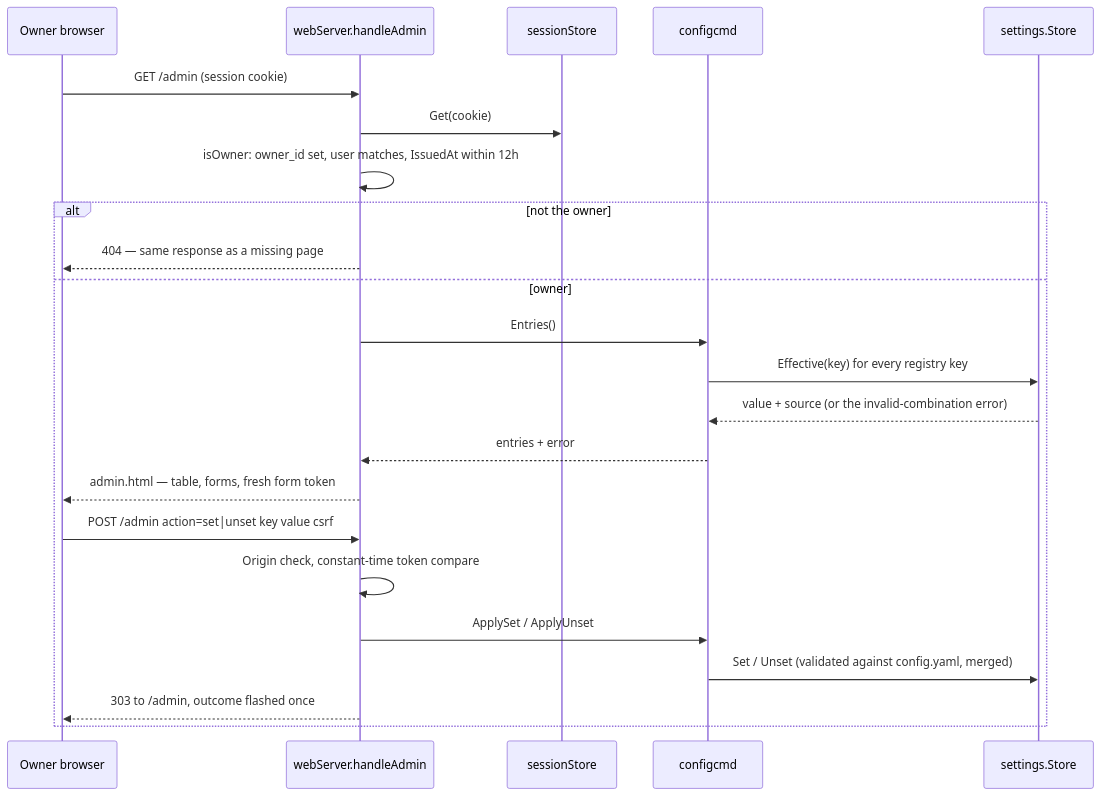
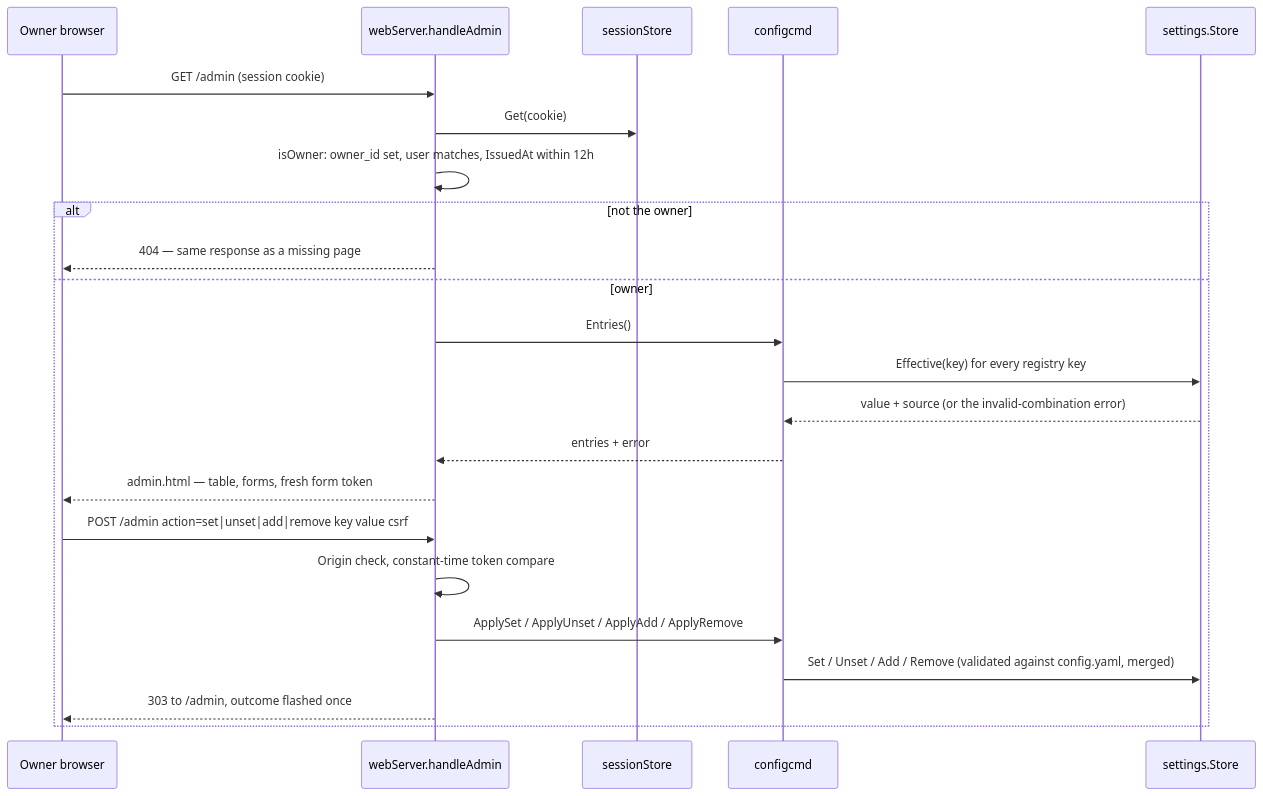
One commit to toksikk/gidbig changed the third of 3 diagrams in docs/modules/core.md. Above: the diagram before and after it, drawn with Mermaid. The commit also changed other lines of this file and 19 other files, not shown here.

````diff
--- a/docs/modules/core.md
+++ b/docs/modules/core.md
@@ -123,26 +128,26 @@
 ```mermaid
 sequenceDiagram
     participant O as Owner browser
     participant W as webServer.handleAdmin
     participant S as sessionStore
     participant C as configcmd
     participant T as settings.Store
 
     O->>W: GET /admin (session cookie)
     W->>S: Get(cookie)
     W->>W: isOwner: owner_id set, user matches, IssuedAt within 12h
     alt not the owner
         W-->>O: 404 — same response as a missing page
     else owner
         W->>C: Entries()
         C->>T: Effective(key) for every registry key
         T-->>C: value + source (or the invalid-combination error)
         C-->>W: entries + error
         W-->>O: admin.html — table, forms, fresh form token
-        O->>W: POST /admin action=set|unset key value csrf
+        O->>W: POST /admin action=set|unset|add|remove key value csrf
         W->>W: Origin check, constant-time token compare
-        W->>C: ApplySet / ApplyUnset
-        C->>T: Set / Unset (validated against config.yaml, merged)
+        W->>C: ApplySet / ApplyUnset / ApplyAdd / ApplyRemove
+        C->>T: Set / Unset / Add / Remove (validated against config.yaml, merged)
         W-->>O: 303 to /admin, outcome flashed once
     end
 ```
````
